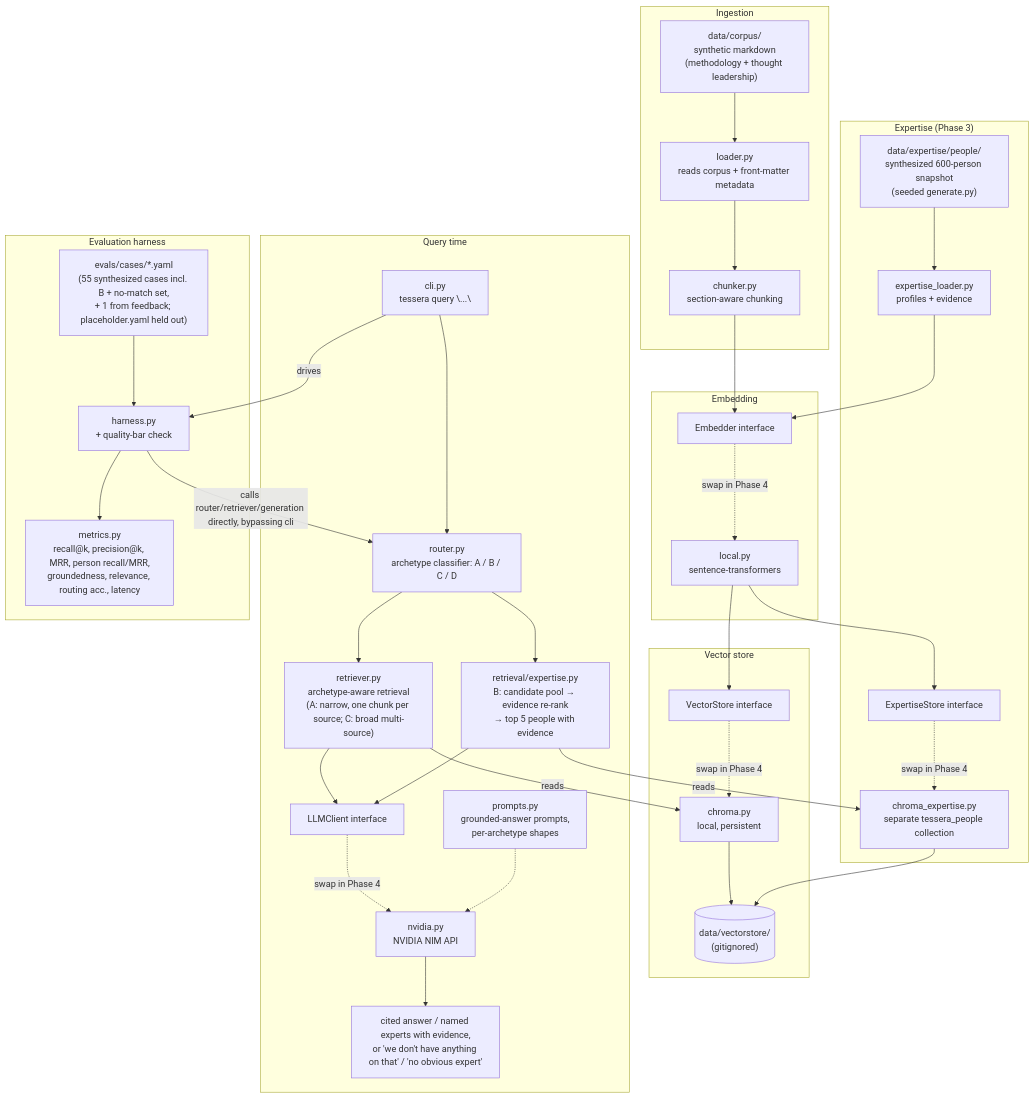
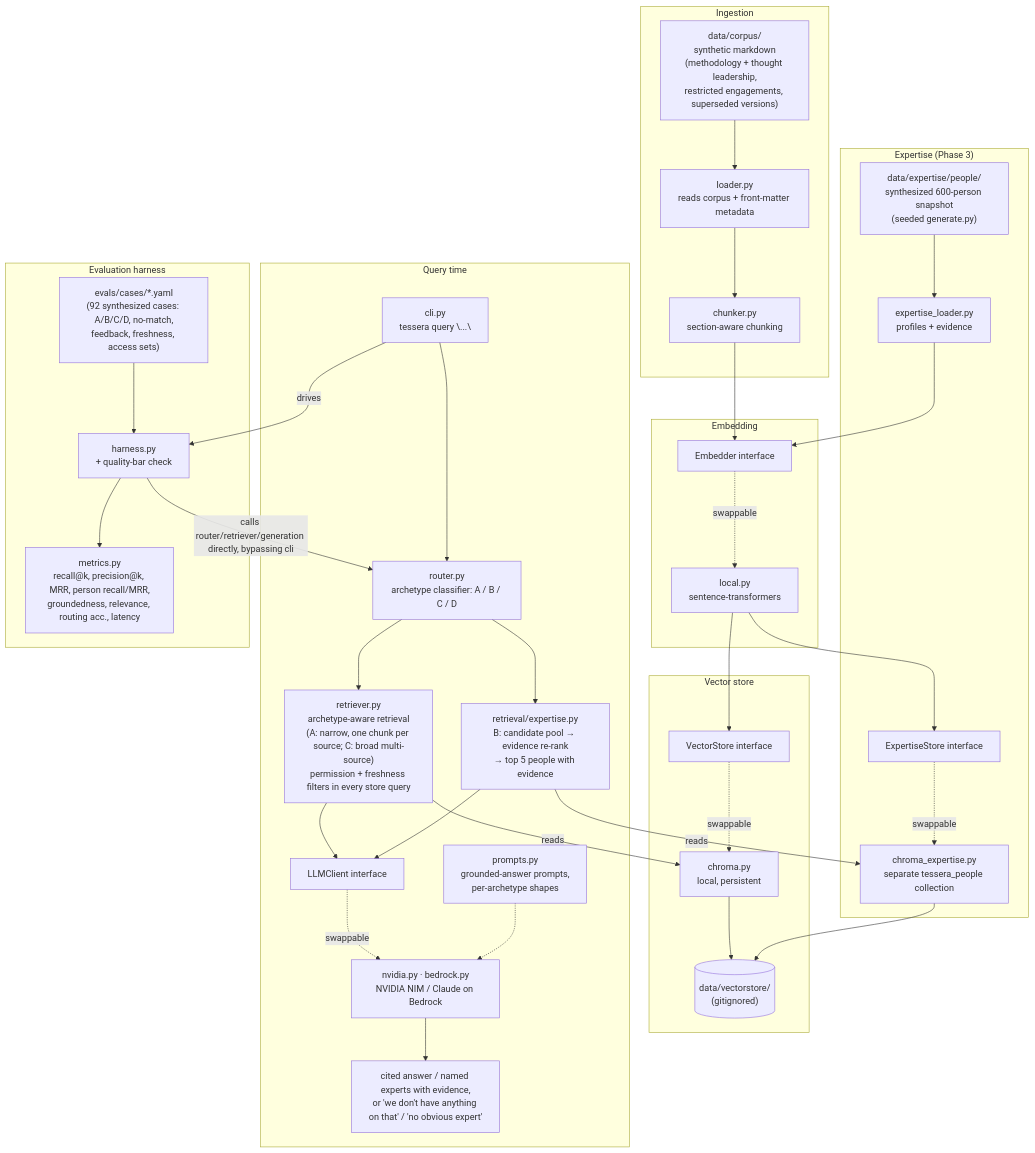
One commit to ChiragVenkateshaiah/tessera changed the diagram in README.md. Above: the diagram before and after it, drawn with Mermaid. The commit also changed other lines of this file and 2 other files, not shown here.

First line of the commit message:
P4-7: Phase 4 exit — README, quality bar, checkpoint close

````diff
--- a/README.md
+++ b/README.md
@@ -49,68 +97,68 @@
 ```mermaid
 flowchart TB
     subgraph ingest["Ingestion"]
-        corpus["data/corpus/<br/>synthetic markdown<br/>(methodology + thought leadership)"]
+        corpus["data/corpus/<br/>synthetic markdown<br/>(methodology + thought leadership,<br/>restricted engagements, superseded versions)"]
         loader["loader.py<br/>reads corpus + front-matter metadata"]
         chunker["chunker.py<br/>section-aware chunking"]
         corpus --> loader --> chunker
     end
 
     subgraph embed["Embedding"]
         embedIface["Embedder interface"]
         embedImpl["local.py<br/>sentence-transformers"]
-        embedIface -.swap in Phase 4.-> embedImpl
+        embedIface -.swappable.-> embedImpl
     end
 
     subgraph store["Vector store"]
         storeIface["VectorStore interface"]
         storeImpl["chroma.py<br/>local, persistent"]
-        storeIface -.swap in Phase 4.-> storeImpl
+        storeIface -.swappable.-> storeImpl
         persisted[("data/vectorstore/<br/>(gitignored)")]
         storeImpl --> persisted
     end
 
     subgraph people["Expertise (Phase 3)"]
         peopleData["data/expertise/people/<br/>synthesized 600-person snapshot<br/>(seeded generate.py)"]
         peopleLoader["expertise_loader.py<br/>profiles + evidence"]
         peopleIface["ExpertiseStore interface"]
         peopleImpl["chroma_expertise.py<br/>separate tessera_people collection"]
         peopleData --> peopleLoader
-        peopleIface -.swap in Phase 4.-> peopleImpl
+        peopleIface -.swappable.-> peopleImpl
         peopleImpl --> persisted
     end
 
     chunker --> embedIface
     embedImpl --> storeIface
     peopleLoader --> embedIface
     embedImpl --> peopleIface
 
     subgraph query["Query time"]
         cli["cli.py<br/>tessera query \"...\""]
         router["router.py<br/>archetype classifier: A / B / C / D"]
-        retriever["retriever.py<br/>archetype-aware retrieval<br/>(A: narrow, one chunk per source; C: broad multi-source)"]
+        retriever["retriever.py<br/>archetype-aware retrieval<br/>(A: narrow, one chunk per source; C: broad multi-source)<br/>permission + freshness filters in every store query"]
         experts["retrieval/expertise.py<br/>B: candidate pool → evidence re-rank<br/>→ top 5 people with evidence"]
         genIface["LLMClient interface"]
-        genImpl["nvidia.py<br/>NVIDIA NIM API"]
+        genImpl["nvidia.py · bedrock.py<br/>NVIDIA NIM / Claude on Bedrock"]
         prompts["prompts.py<br/>grounded-answer prompts,<br/>per-archetype shapes"]
         cli --> router --> retriever
         router --> experts
         retriever -->|reads| storeImpl
         experts -->|reads| peopleImpl
         retriever --> genIface
         experts --> genIface
-        genIface -.swap in Phase 4.-> genImpl
+        genIface -.swappable.-> genImpl
         prompts -.-> genImpl
         genImpl --> answer["cited answer / named experts with evidence,<br/>or 'we don't have anything on that' / 'no obvious expert'"]
     end
 
     subgraph evalh["Evaluation harness"]
-        cases["evals/cases/*.yaml<br/>(55 synthesized cases incl. B + no-match set,<br/>+ 1 from feedback; placeholder.yaml held out)"]
+        cases["evals/cases/*.yaml<br/>(92 synthesized cases: A/B/C/D, no-match,<br/>feedback, freshness, access sets)"]
         harness["harness.py<br/>+ quality-bar check"]
         metrics["metrics.py<br/>recall@k, precision@k, MRR, person recall/MRR,<br/>groundedness, relevance, routing acc., latency"]
         cases --> harness
         harness -->|calls router/retriever/generation directly, bypassing cli| router
         harness --> metrics
     end
 
     cli -->|drives| harness
 ```
````
